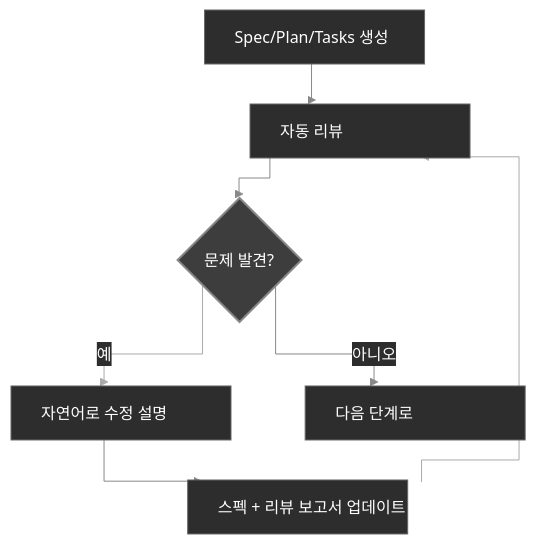
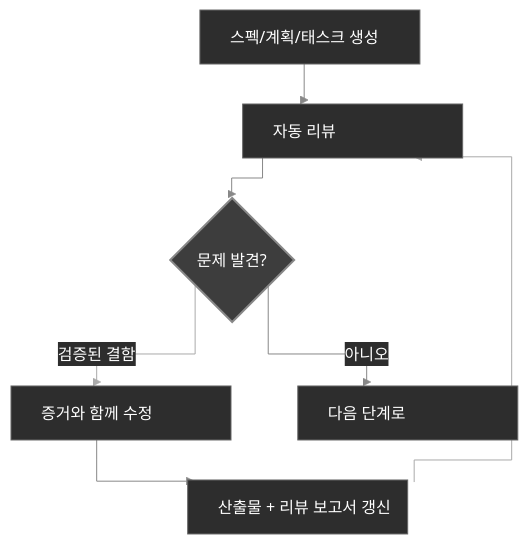
Before and after one commit to Zts0hg/codexspec: the diagram in README.ko.md, drawn with Mermaid. The commit also changed other lines of this file and 6 other files, not shown here.

````diff
--- a/README.ko.md
+++ b/README.ko.md
@@ -346,31 +348,31 @@
 ```mermaid
 %%{init: {
   'theme': 'base',
   'themeVariables': {
     'lineColor': '#888888',
     'primaryColor': '#2d2d2d',
     'primaryTextColor': '#ffffff',
     'primaryBorderColor': '#666666'
   },
   'flowchart': {
     'curve': 'stepBefore',
     'nodeSpacing': 50,
     'rankSpacing': 40
   }
 }}%%
 flowchart TB
     classDef rectStyle fill:#2d2d2d,stroke:#666,stroke-width:1px,color:#fff,width:220px;
     classDef diamondStyle fill:#3d3d3d,stroke:#888,stroke-width:2px,color:#fff;
 
-    A["Spec/Plan/Tasks 생성"]:::rectStyle --> B["자동 리뷰"]:::rectStyle
+    A["스펙/계획/태스크 생성"]:::rectStyle --> B["자동 리뷰"]:::rectStyle
     B --> C{"문제 발견?"}:::diamondStyle
 
-    C -->|예| D["자연어로 수정 설명"]:::rectStyle
-    D --> E["스펙 + 리뷰 보고서 업데이트"]:::rectStyle
+    C -->|검증된 결함| D["증거와 함께 수정"]:::rectStyle
+    D --> E["산출물 + 리뷰 보고서 갱신"]:::rectStyle
 
     E --> B
 
     C -->|아니오| F["다음 단계로"]:::rectStyle
 
     linkStyle 2,4 stroke:#aaa,stroke-width:1px;
 ```
````
